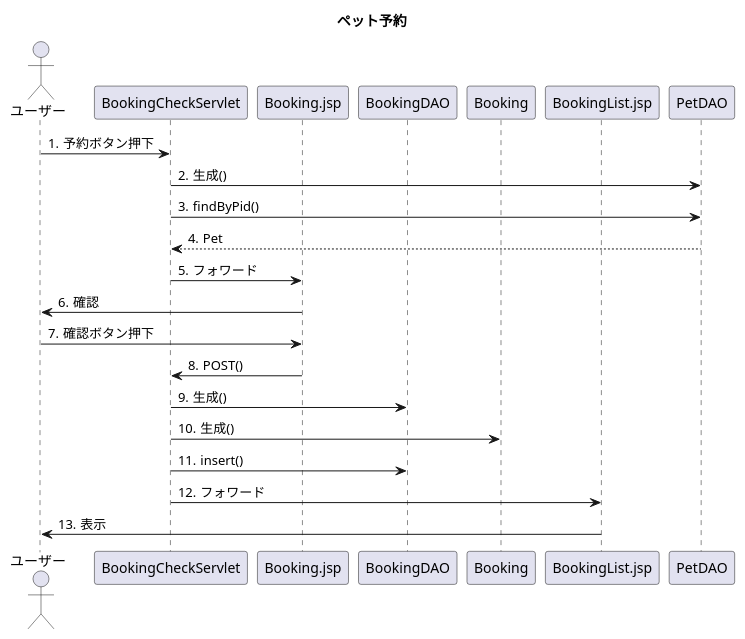
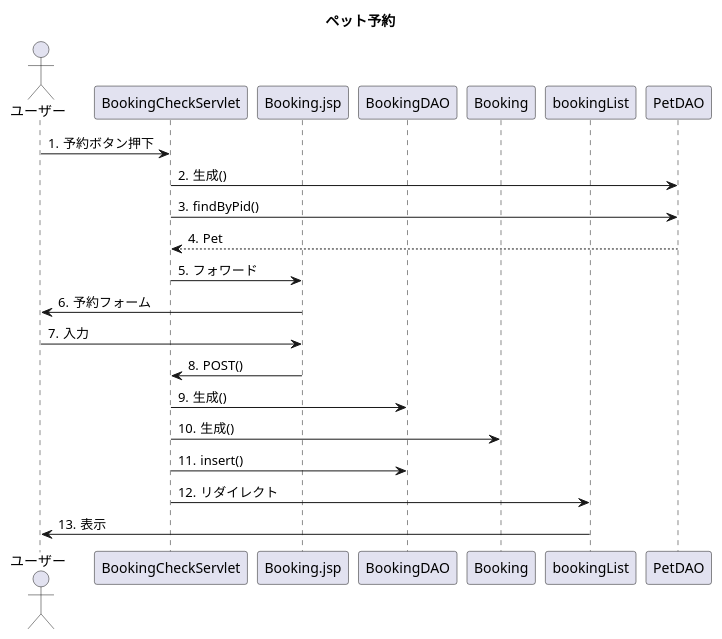
The diagram in detail.uml/seq_booking.pu (Tyamanaka07/WebSystem), drawn with PlantUML before and after one commit.

Commit message:
予約シーケンス修正

```diff
--- a/detail.uml/seq_booking.pu
+++ b/detail.uml/seq_booking.pu
@@ -1,28 +1,28 @@
 @startuml
 title ペット予約
 actor ユーザー
 participant BookingCheckServlet
 participant Booking.jsp
 participant BookingDAO
 participant Booking
-participant BookingList.jsp
+participant bookingList
 autonumber "#."
 
 
 ユーザー->BookingCheckServlet : 予約ボタン押下
 BookingCheckServlet->PetDAO : 生成()
 BookingCheckServlet->PetDAO : findByPid()
 PetDAO-->BookingCheckServlet : Pet
 BookingCheckServlet->Booking.jsp : フォワード
-Booking.jsp->ユーザー : 確認
-ユーザー->Booking.jsp : 確認ボタン押下
+Booking.jsp->ユーザー : 予約フォーム
+ユーザー->Booking.jsp : 入力
 Booking.jsp->BookingCheckServlet : POST()
 BookingCheckServlet->BookingDAO : 生成()
 BookingCheckServlet->Booking:生成()
 BookingCheckServlet->BookingDAO : insert()
-BookingCheckServlet->BookingList.jsp : フォワード
-BookingList.jsp->ユーザー : 表示
+BookingCheckServlet->bookingList : リダイレクト
+bookingList->ユーザー : 表示
 
 
 
 @enduml
```
